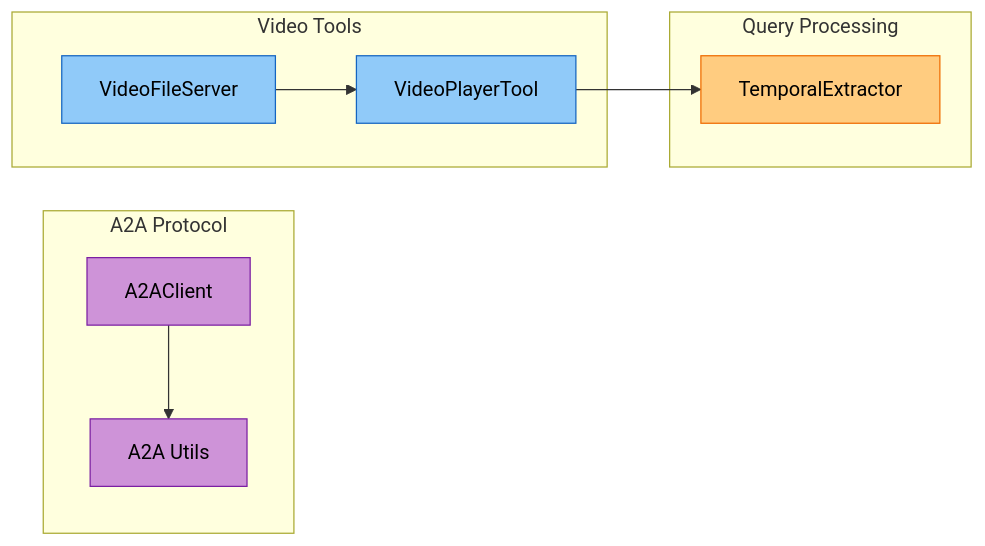
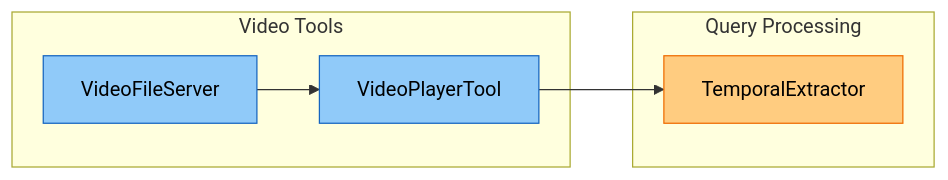
One commit to amit-jain/cogniverse changed diagram 19 of 20 in docs/modules/agents.md. Above: the diagram before and after it, drawn with Mermaid. The commit also changed other lines of this file and 53 other files, not shown here.

````diff
--- a/docs/modules/agents.md
+++ b/docs/modules/agents.md
@@ -4171,26 +4102,18 @@
 ```mermaid
 flowchart LR
-    subgraph "A2A Protocol"
-        Client["<span style='color:#000'>A2AClient</span>"]
-        Utils["<span style='color:#000'>A2A Utils</span>"]
-    end
-
     subgraph "Video Tools"
         Server["<span style='color:#000'>VideoFileServer</span>"]
         Player["<span style='color:#000'>VideoPlayerTool</span>"]
     end
 
     subgraph "Query Processing"
         Temporal["<span style='color:#000'>TemporalExtractor</span>"]
     end
 
-    Client --> Utils
     Server --> Player
     Player --> Temporal
 
-    style Client fill:#ce93d8,stroke:#7b1fa2,color:#000
-    style Utils fill:#ce93d8,stroke:#7b1fa2,color:#000
     style Server fill:#90caf9,stroke:#1565c0,color:#000
     style Player fill:#90caf9,stroke:#1565c0,color:#000
     style Temporal fill:#ffcc80,stroke:#ef6c00,color:#000
 ```
````
